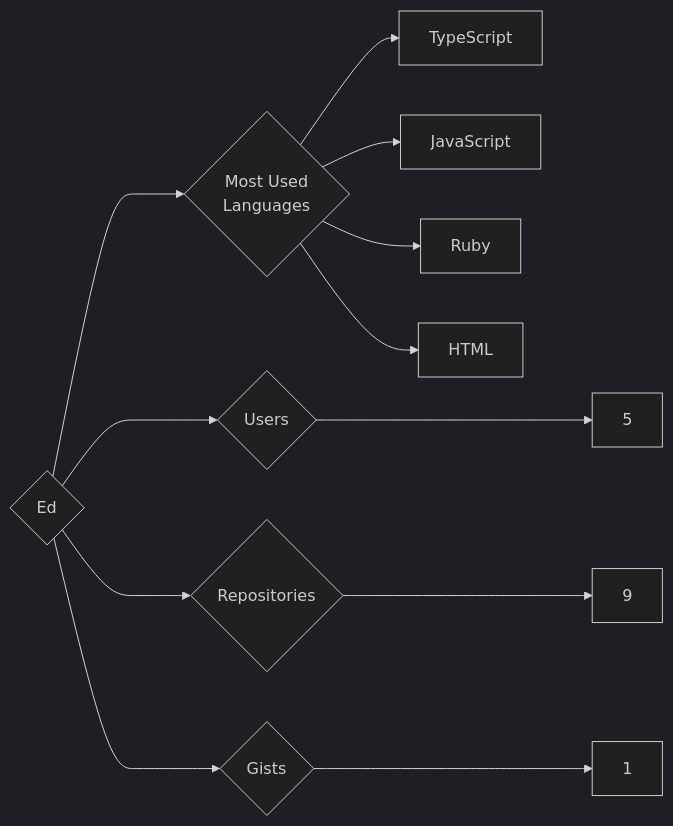
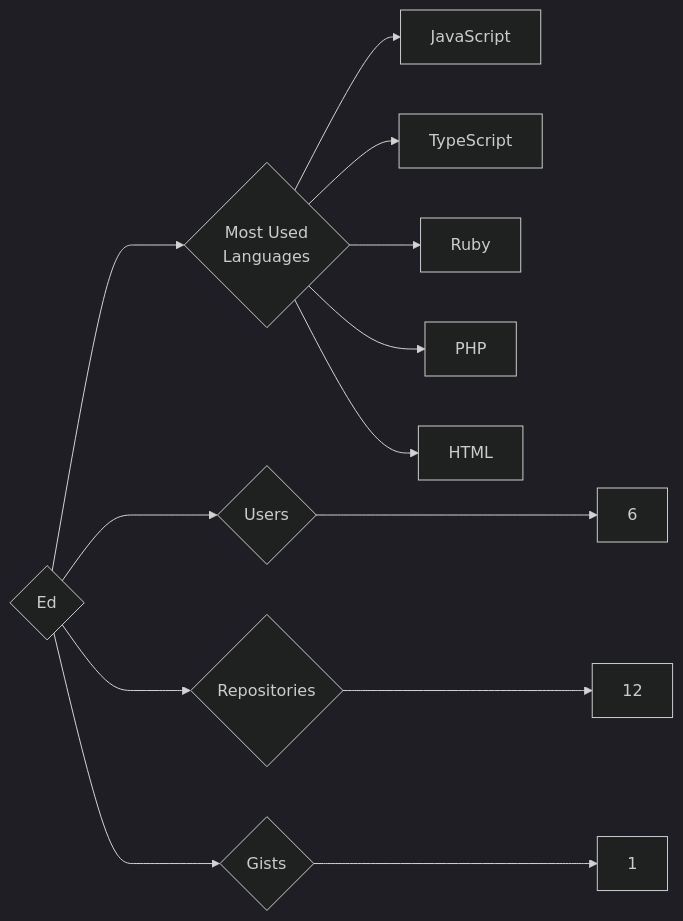
The diagram in targets/Ed/README.md (trickest/insiders), drawn with Mermaid (dark theme) before and after one commit. The commit also changed 985 other files, not shown here.

````diff
--- a/targets/Ed/README.md
+++ b/targets/Ed/README.md
@@ -3,12 +3,13 @@
 ```mermaid
 graph LR
 COMPANY_NAME{Ed}
-COMPANY_NAME ---> U{Users} ---> UN[5]
-COMPANY_NAME ---> R{Repositories} ---> RN[9]
+COMPANY_NAME ---> U{Users} ---> UN[6]
+COMPANY_NAME ---> R{Repositories} ---> RN[12]
 COMPANY_NAME ---> G{Gists} ---> GN[1]
 COMPANY_NAME ---> ML{Most Used<br>Languages}
+ML --> JavaScript[JavaScript]
 ML --> TypeScript[TypeScript]
-ML --> JavaScript[JavaScript]
 ML --> Ruby[Ruby]
+ML --> PHP[PHP]
 ML --> HTML[HTML]
 ```
````
